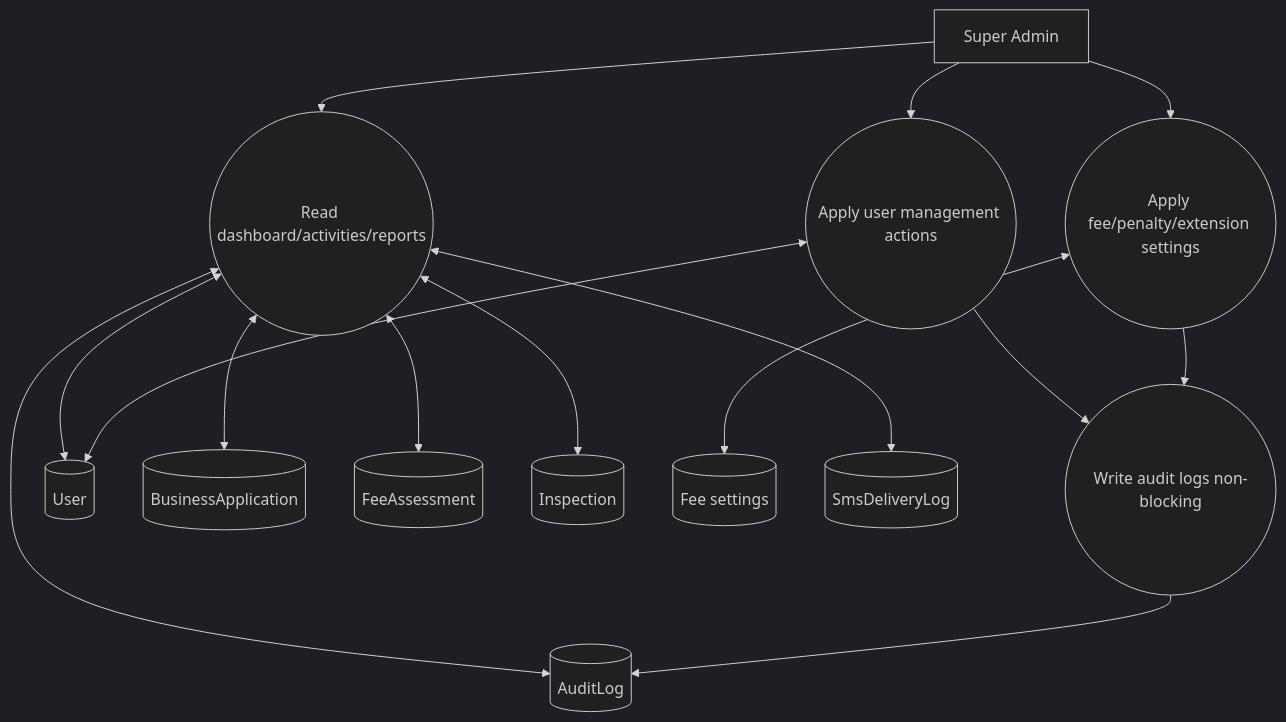
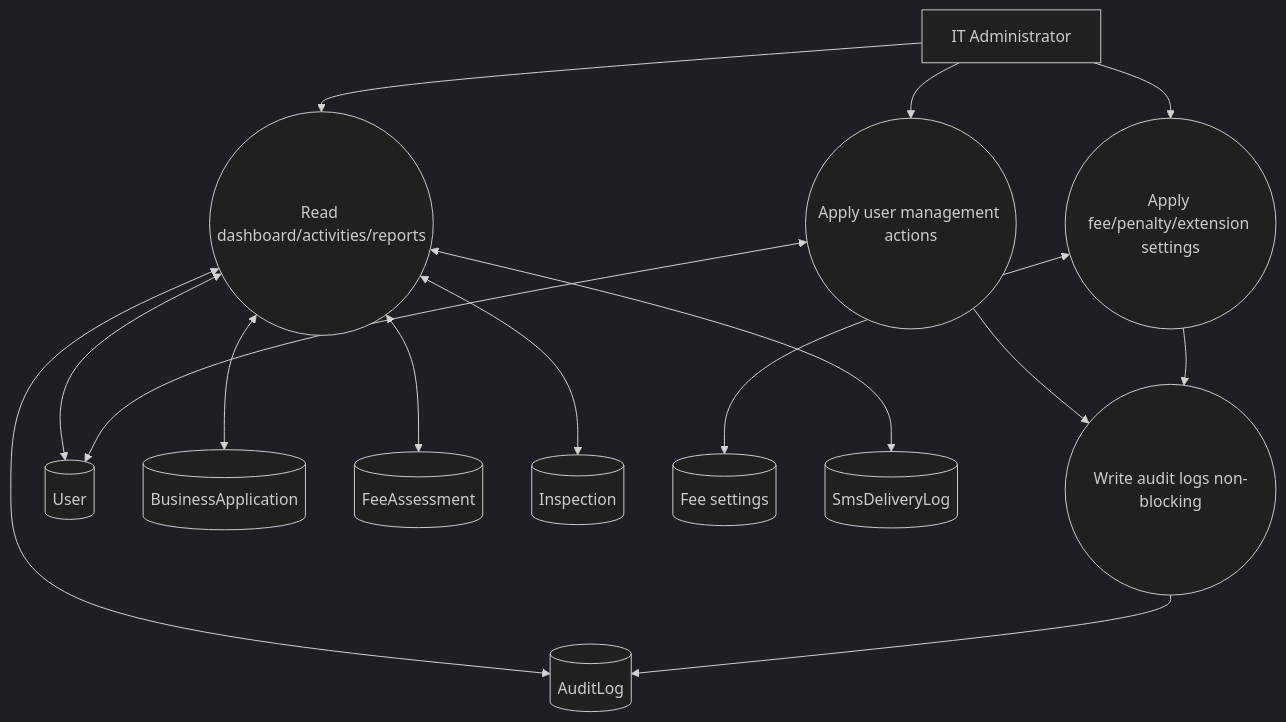
The ninth of 16 diagrams in DFD_LEVEL_0_TO_4_ANALYSIS.md (Cleofe-Berioso/EBPLS), drawn with Mermaid (dark theme) before and after one commit. The commit also changed other lines of this file and 230 other files, not shown here.

````diff
--- a/DFD_LEVEL_0_TO_4_ANALYSIS.md
+++ b/DFD_LEVEL_0_TO_4_ANALYSIS.md
@@ -581,34 +581,34 @@
 ```mermaid
 flowchart TD
-  E5[Super Admin]
+  E5[IT Administrator]
   P9_1((Read dashboard/activities/reports))
   P9_2((Apply user management actions))
   P9_3((Apply fee/penalty/extension settings))
   P9_4((Write audit logs non-blocking))
 
   D1[(User)]
   D2[(BusinessApplication)]
   D7[(FeeAssessment)]
   D11[(Inspection)]
   D12[(Fee settings)]
   D13[(AuditLog)]
   D14[(SmsDeliveryLog)]
 
   E5 --> P9_1
   P9_1 <--> D1
   P9_1 <--> D2
   P9_1 <--> D7
   P9_1 <--> D11
   P9_1 <--> D13
   P9_1 <--> D14
 
   E5 --> P9_2
   P9_2 <--> D1
   P9_2 --> P9_4
 
   E5 --> P9_3
   P9_3 <--> D12
   P9_3 --> P9_4
 
   P9_4 --> D13
 ```
````
